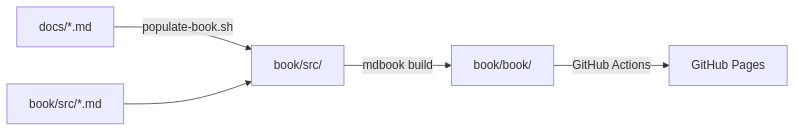
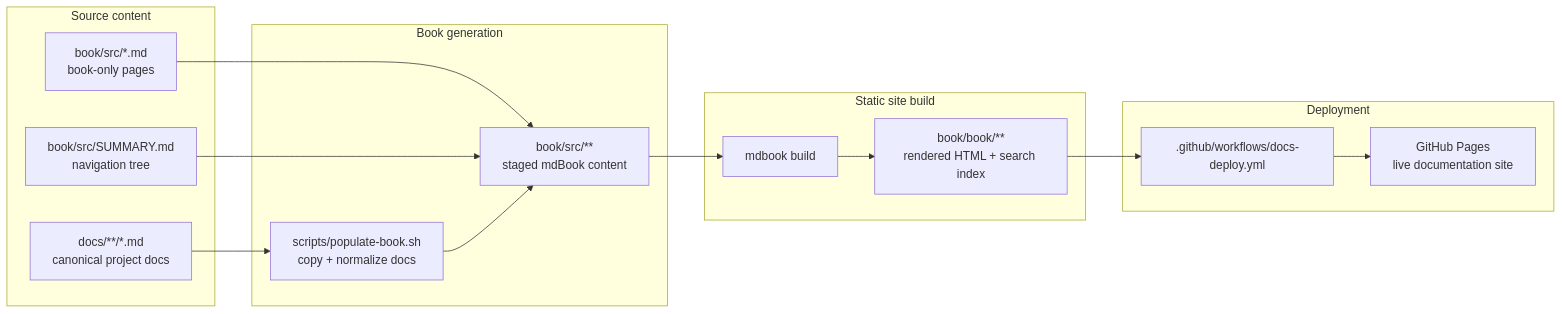
One commit to EffortlessMetrics/perl-lsp changed the diagram in docs/project/DOCUMENTATION_SITE.md. Above: the diagram before and after it, drawn with Mermaid. The commit also changed other lines of this file, not shown here.

Commit message:
docs: improve documentation site pipeline visualization

````diff
--- a/docs/project/DOCUMENTATION_SITE.md
+++ b/docs/project/DOCUMENTATION_SITE.md
@@ -48,7 +50,39 @@
 ```mermaid
-graph LR
-    A[docs/*.md] -->|populate-book.sh| B[book/src/]
-    C[book/src/*.md] --> B
-    B -->|mdbook build| D[book/book/]
-    D -->|GitHub Actions| E[GitHub Pages]
+flowchart LR
+    subgraph Sources[Source content]
+        DOCS[docs/**/*.md
+canonical project docs]
+        BOOK[book/src/*.md
+book-only pages]
+        SUMMARY[book/src/SUMMARY.md
+navigation tree]
+    end
+
+    subgraph Generate[Book generation]
+        POPULATE[scripts/populate-book.sh
+copy + normalize docs]
+        STAGING[book/src/**
+staged mdBook content]
+    end
+
+    subgraph Build[Static site build]
+        MDBOOK[mdbook build]
+        OUTPUT[book/book/**
+rendered HTML + search index]
+    end
+
+    subgraph Publish[Deployment]
+        ACTIONS[.github/workflows/docs-deploy.yml]
+        PAGES[GitHub Pages
+live documentation site]
+    end
+
+    DOCS --> POPULATE
+    BOOK --> STAGING
+    SUMMARY --> STAGING
+    POPULATE --> STAGING
+    STAGING --> MDBOOK
+    MDBOOK --> OUTPUT
+    OUTPUT --> ACTIONS
+    ACTIONS --> PAGES
 ```
````
